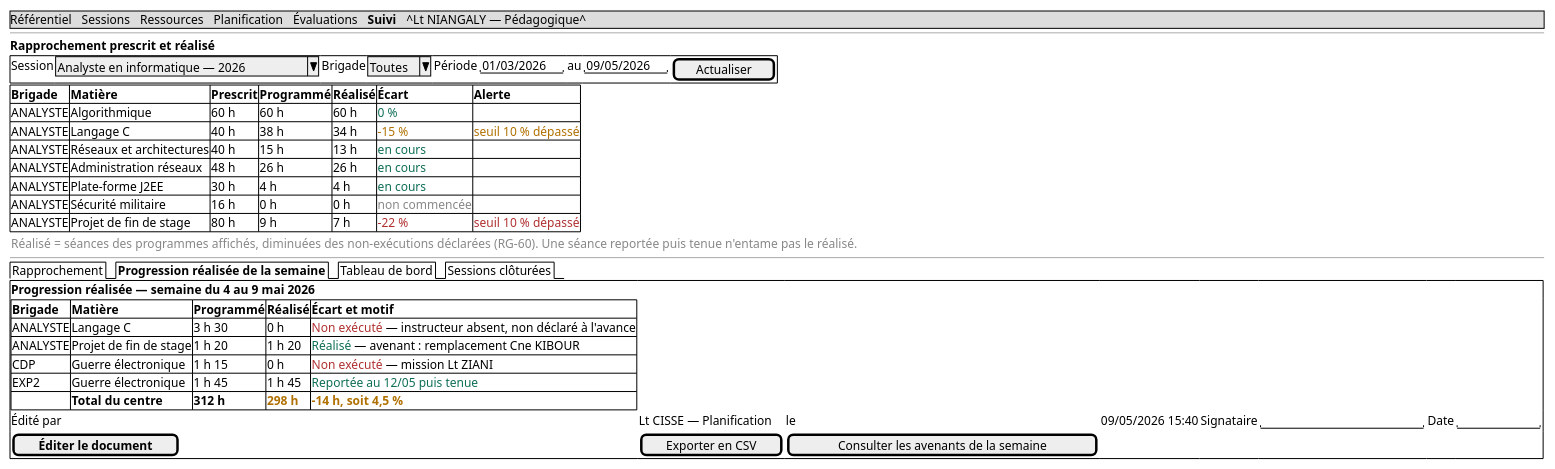
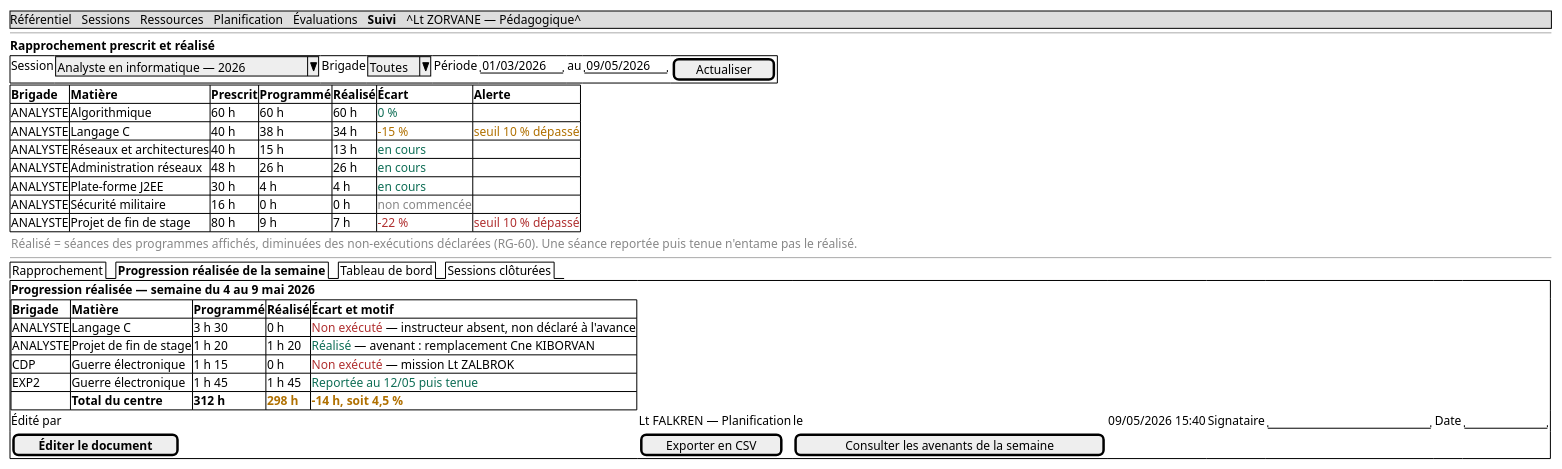
The fifth of 5 diagrams in docs/conception/16-maquettes.md (Cissemamoudou10/projet-cit), drawn with PlantUML before and after one commit. The commit also changed other lines of this file and 13 other files, not shown here.

````diff
--- a/docs/conception/16-maquettes.md
+++ b/docs/conception/16-maquettes.md
@@ -296,40 +296,40 @@
 ```plantuml
 @startsalt MAQ-05
 {
-{* Référentiel | Sessions | Ressources | Planification | Évaluations | <b>Suivi</b> | ^Lt NIANGALY — Pédagogique^ }
+{* Référentiel | Sessions | Ressources | Planification | Évaluations | <b>Suivi</b> | ^Lt ZORVANE — Pédagogique^ }
 --
 <b>Rapprochement prescrit et réalisé</b>
 {+
   Session | ^Analyste en informatique — 2026^ | Brigade | ^Toutes^ | Période | "01/03/2026" | au | "09/05/2026" | [ Actualiser ]
 }
 {#
  <b>Brigade</b> | <b>Matière</b> | <b>Prescrit</b> | <b>Programmé</b> | <b>Réalisé</b> | <b>Écart</b> | <b>Alerte</b>
  ANALYSTE | Algorithmique             | 60 h | 60 h | 60 h | <color:#0F6E56>0 %</color>   | .
  ANALYSTE | Langage C                 | 40 h | 38 h | 34 h | <color:#B07000>-15 %</color> | <color:#B07000>seuil 10 % dépassé</color>
  ANALYSTE | Réseaux et architectures  | 40 h | 15 h | 13 h | <color:#0F6E56>en cours</color> | .
  ANALYSTE | Administration réseaux    | 48 h | 26 h | 26 h | <color:#0F6E56>en cours</color> | .
  ANALYSTE | Plate-forme J2EE          | 30 h |  4 h |  4 h | <color:#0F6E56>en cours</color> | .
  ANALYSTE | Sécurité militaire        | 16 h |  0 h |  0 h | <color:#888>non commencée</color> | .
  ANALYSTE | Projet de fin de stage    | 80 h |  9 h |  7 h | <color:#B03030>-22 %</color> | <color:#B03030>seuil 10 % dépassé</color>
 }
 {
   <color:#888>Réalisé = séances des programmes affichés, diminuées des non-exécutions déclarées (RG-60). Une séance reportée puis tenue n'entame pas le réalisé.</color>
 }
 --
 {/ Rapprochement | <b>Progression réalisée de la semaine</b> | Tableau de bord | Sessions clôturées }
 {+
   <b>Progression réalisée — semaine du 4 au 9 mai 2026</b>
   {#
    <b>Brigade</b> | <b>Matière</b> | <b>Programmé</b> | <b>Réalisé</b> | <b>Écart et motif</b>
    ANALYSTE | Langage C              | 3 h 30 | 0 h    | <color:#B03030>Non exécuté</color> — instructeur absent, non déclaré à l'avance
-   ANALYSTE | Projet de fin de stage | 1 h 20 | 1 h 20 | <color:#0F6E56>Réalisé</color> — avenant : remplacement Cne KIBOUR
-   CDP      | Guerre électronique    | 1 h 15 | 0 h    | <color:#B03030>Non exécuté</color> — mission Lt ZIANI
+   ANALYSTE | Projet de fin de stage | 1 h 20 | 1 h 20 | <color:#0F6E56>Réalisé</color> — avenant : remplacement Cne KIBORVAN
+   CDP      | Guerre électronique    | 1 h 15 | 0 h    | <color:#B03030>Non exécuté</color> — mission Lt ZALBROK
    EXP2     | Guerre électronique    | 1 h 45 | 1 h 45 | <color:#0F6E56>Reportée au 12/05 puis tenue</color>
    .        | <b>Total du centre</b>    | <b>312 h</b> | <color:#B07000><b>298 h</b></color> | <color:#B07000><b>-14 h, soit 4,5 %</b></color>
   }
-  Édité par | Lt CISSE — Planification | le | 09/05/2026 15:40 | Signataire | "                    " | Date | "          "
+  Édité par | Lt FALKREN — Planification | le | 09/05/2026 15:40 | Signataire | "                    " | Date | "          "
   [ <b>Éditer le document</b> ] | [ Exporter en CSV ] | [ Consulter les avenants de la semaine ]
 }
 }
 @endsalt
 ```
````
